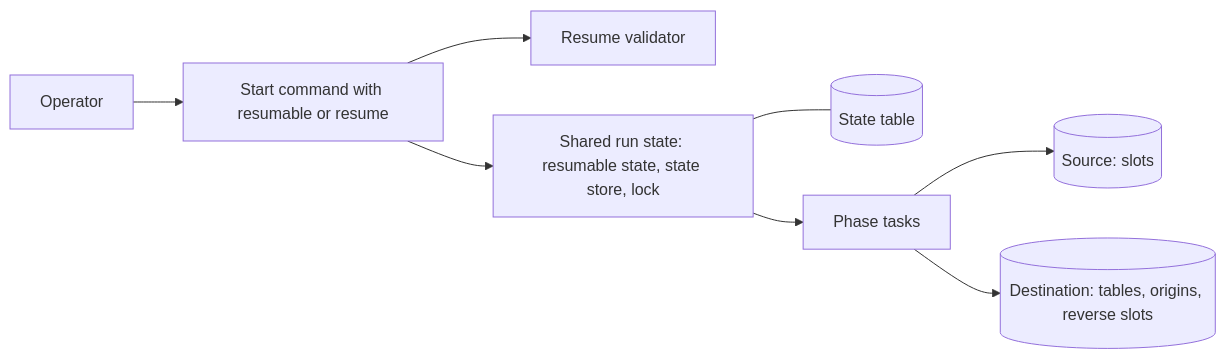
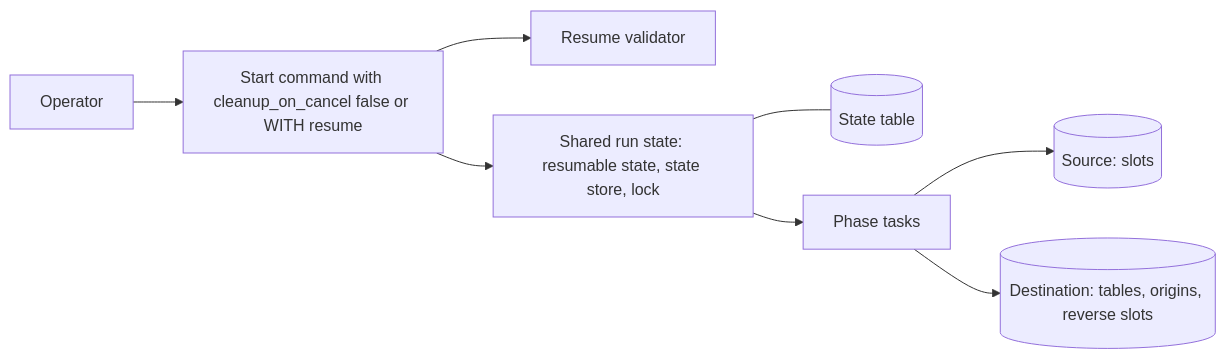
The third of 6 diagrams in docs/RESUMABLE_RESHARDING.md (pgdogdev/pgdog), drawn with Mermaid before and after one commit. The commit also changed other lines of this file, not shown here.

````diff
--- a/docs/RESUMABLE_RESHARDING.md
+++ b/docs/RESUMABLE_RESHARDING.md
@@ -196,10 +199,10 @@
 ```mermaid
 flowchart LR
-  OP[Operator] --> CMD[Start command with resumable or resume]
+  OP[Operator] --> CMD[Start command with cleanup_on_cancel false or WITH resume]
   CMD --> V[Resume validator]
   CMD --> RS[Shared run state: resumable state, state store, lock]
   RS --- ST[(State table)]
   RS --> PH[Phase tasks]
   PH --> S[(Source: slots)]
   PH --> D[(Destination: tables, origins, reverse slots)]
 ```
````
